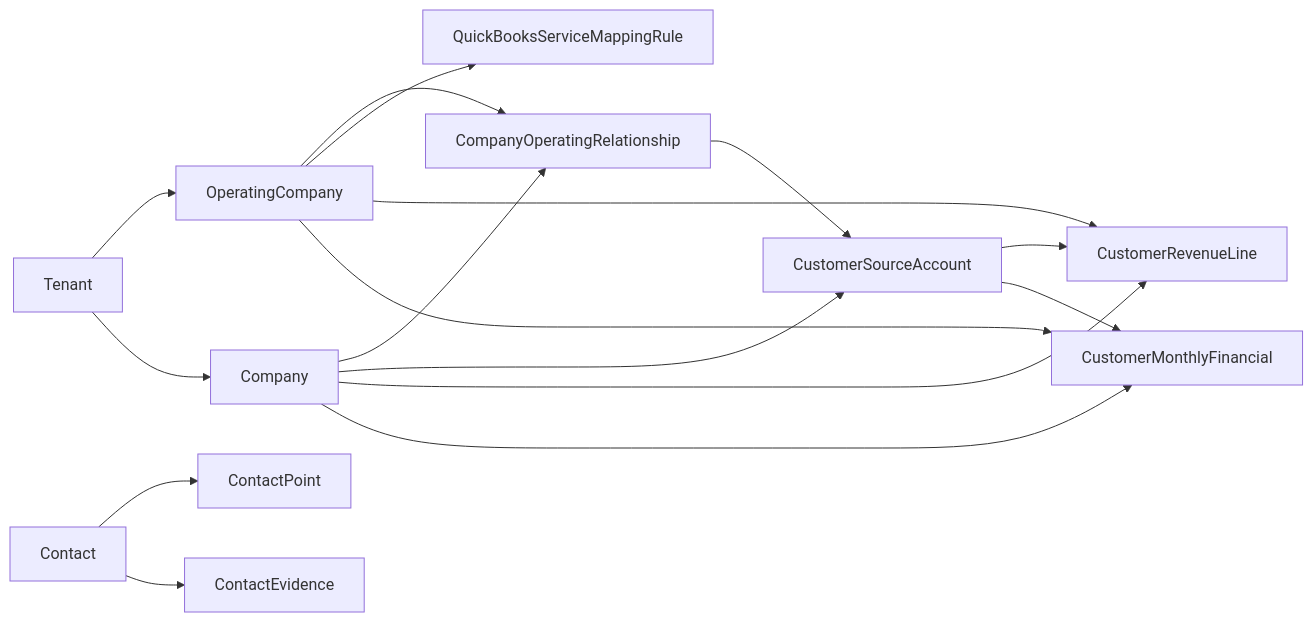
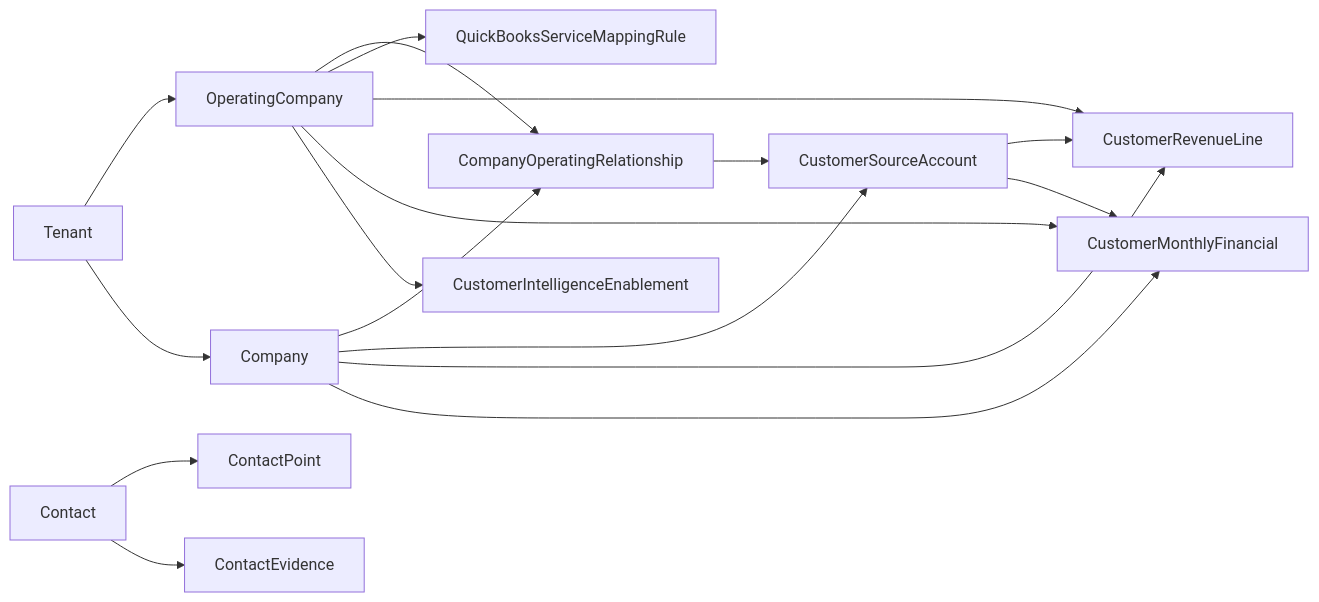
Before and after one commit to newell29/newl-apps: the diagram in docs/modules/customer-intelligence/data-model.md, drawn with Mermaid. The commit also changed other lines of this file and 18 other files, not shown here.

````diff
--- a/docs/modules/customer-intelligence/data-model.md
+++ b/docs/modules/customer-intelligence/data-model.md
@@ -54,18 +60,19 @@
 ```mermaid
 flowchart LR
   Tenant --> OperatingCompany
   Tenant --> Company
   Company --> CompanyOperatingRelationship
   OperatingCompany --> CompanyOperatingRelationship
   CompanyOperatingRelationship --> CustomerSourceAccount
   Company --> CustomerSourceAccount
   Contact --> ContactPoint
   Contact --> ContactEvidence
   OperatingCompany --> QuickBooksServiceMappingRule
   OperatingCompany --> CustomerRevenueLine
   CustomerSourceAccount --> CustomerRevenueLine
   Company --> CustomerRevenueLine
   Company --> CustomerMonthlyFinancial
   OperatingCompany --> CustomerMonthlyFinancial
   CustomerSourceAccount --> CustomerMonthlyFinancial
+  OperatingCompany --> CustomerIntelligenceEnablement
 ```
````
